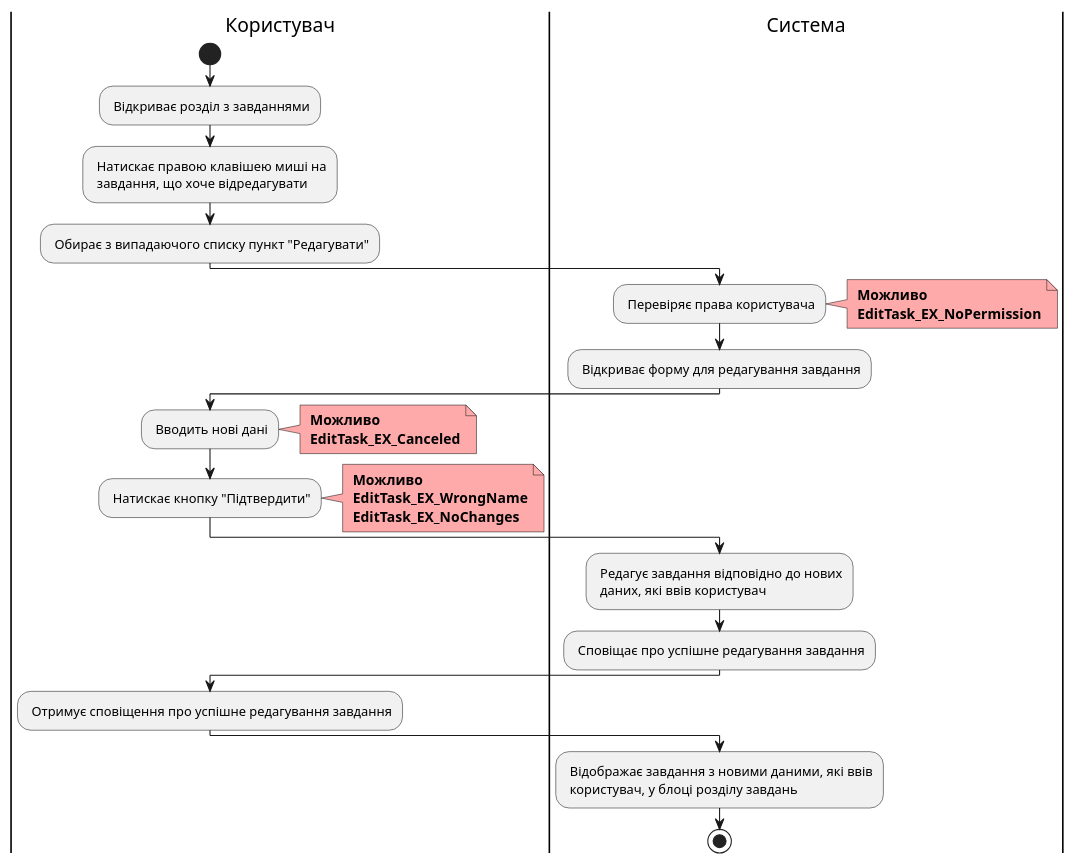
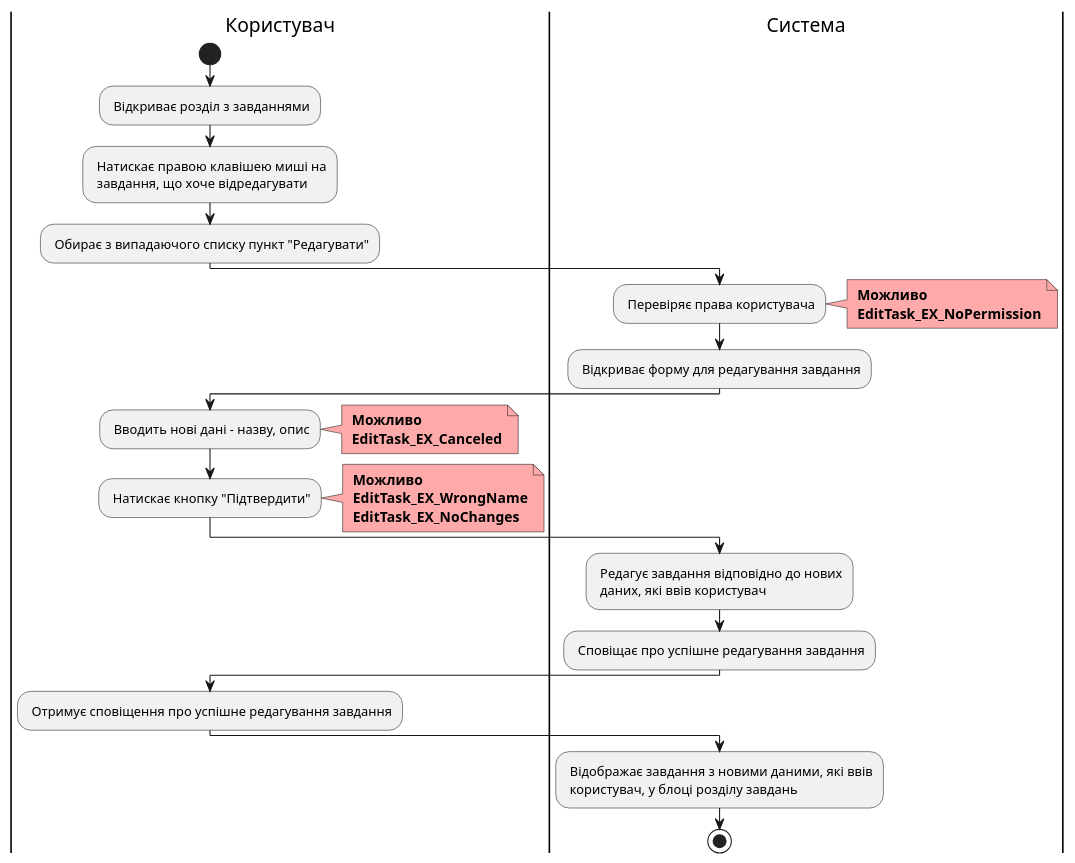
One commit to boldak/edu-db-cw changed diagram 13 of 19 in docs/use cases/README.md. Above: the diagram before and after it, drawn with PlantUML. The commit also changed other lines of this file and 2 other files, not shown here.

```diff
--- a/docs/use cases/README.md
+++ b/docs/use cases/README.md
@@ -867,51 +867,51 @@
 @startuml    
     
     |Користувач|
     start
     : Відкриває розділ з завданнями;
     
     |Користувач|
     : Натискає правою клавішею миші на\n завдання, що хоче відредагувати;
     
     |Користувач|
     : Обирає з випадаючого списку пункт "Редагувати";
     
     |Система|
     : Перевіряє права користувача;
     note right #ffaaaa
     <b> Можливо
     <b> EditTask_EX_NoPermission
     end note
         
     |Система|
     : Відкриває форму для редагування завдання;
         
     |Користувач|
-    : Вводить нові дані;
+    : Вводить нові дані - назву, опис;
     note right #ffaaaa
     <b> Можливо
     <b> EditTask_EX_Canceled
     end note
     
     |Користувач|
     : Натискає кнопку "Підтвердити";
     note right #ffaaaa
     <b> Можливо
     <b> EditTask_EX_WrongName
     <b> EditTask_EX_NoChanges
     end note
     
     |Система|
     : Редагує завдання відповідно до нових\n даних, які ввів користувач;
     
     |Система|
     : Сповіщає про успішне редагування завдання;
     
     |Користувач|
     : Отримує сповіщення про успішне редагування завдання;
     
     |Система|
     : Відображає завдання з новими даними, які ввів\n користувач, у блоці розділу завдань;
     stop;
     
 @enduml
```
